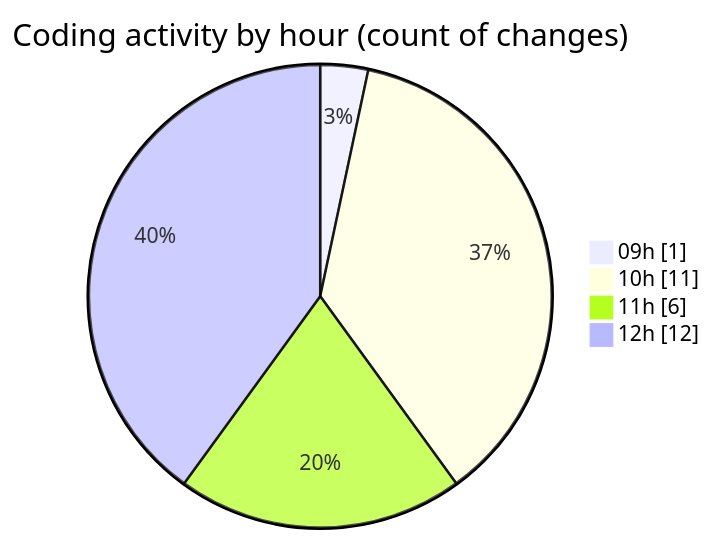
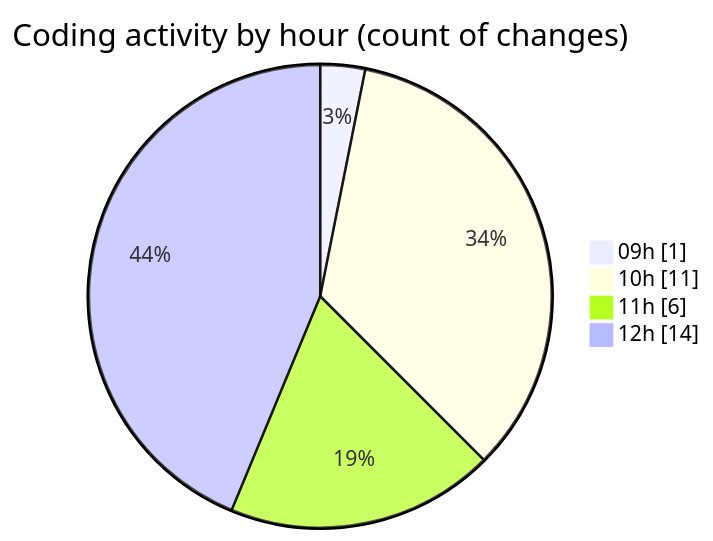
Before and after one commit to momahboobian/code-tracking: the second of 2 diagrams in 2026-09-28/cda/README.md, drawn with Mermaid. The commit also changed other lines of this file and 1 other file, not shown here.

````diff
--- a/2026-09-28/cda/README.md
+++ b/2026-09-28/cda/README.md
@@ -42,8 +42,8 @@
 ```mermaid
 pie showData
 title Coding activity by hour (count of changes)
 "09h" : 1
 "10h" : 11
 "11h" : 6
-"12h" : 12
+"12h" : 14
 ```
````
